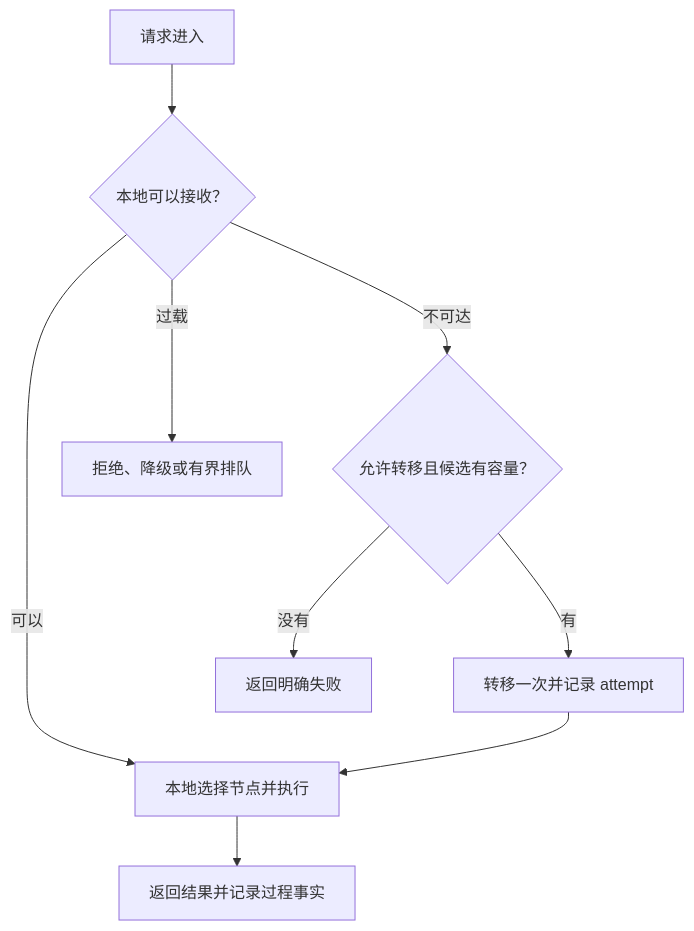
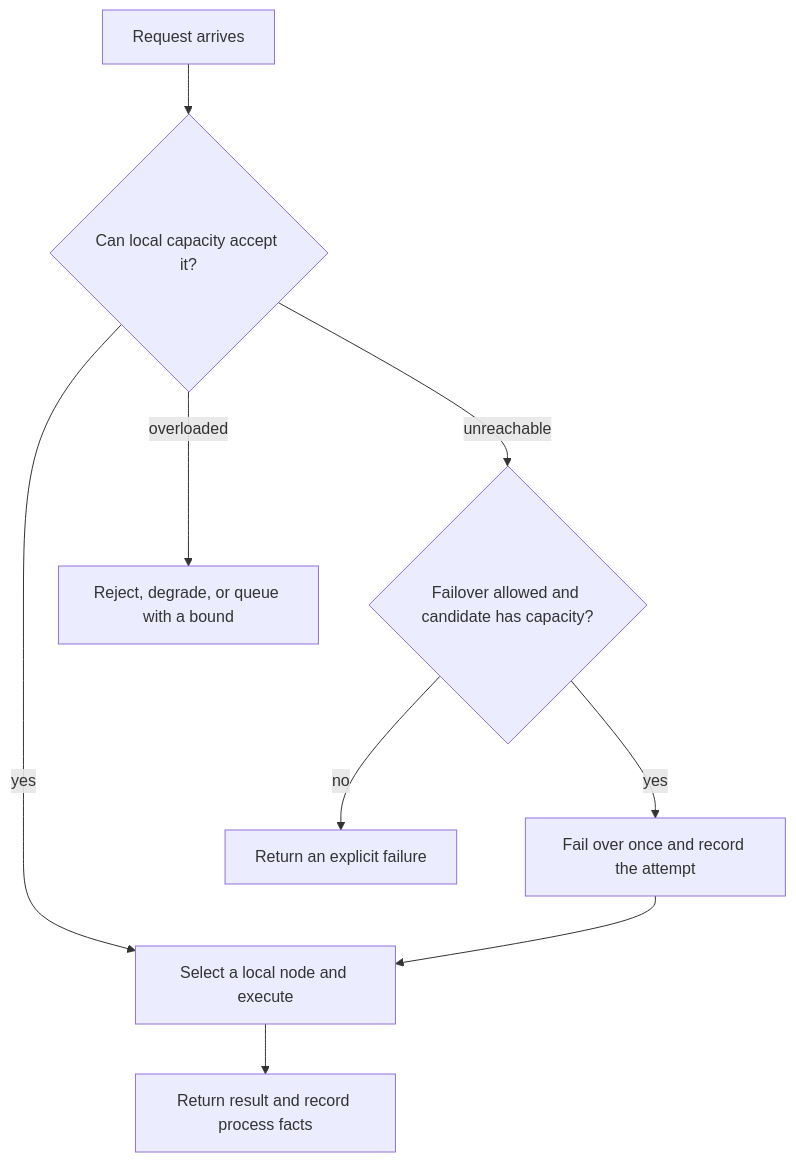
Before and after one commit to Liyuk/liyuk.github.io: the fourth of 6 diagrams in src/content/writing/2026/08/distributed-architecture-is-state-ownership/en.md, drawn with Mermaid. The commit also changed other lines of this file and 11 other files, not shown here.

````diff
--- a/src/content/writing/2026/08/distributed-architecture-is-state-ownership/en.md
+++ b/src/content/writing/2026/08/distributed-architecture-is-state-ownership/en.md
@@ -516,11 +529,11 @@
 ```mermaid
 flowchart TD
-    Q[请求进入] --> A{本地可以接收？}
-    A -->|可以| E[本地选择节点并执行]
-    A -->|过载| D[拒绝、降级或有界排队]
-    A -->|不可达| B{允许转移且候选有容量？}
-    B -->|没有| F[返回明确失败]
-    B -->|有| X[转移一次并记录 attempt]
+    Q[Request arrives] --> A{Can local capacity accept it?}
+    A -->|yes| E[Select a local node and execute]
+    A -->|overloaded| D[Reject, degrade, or queue with a bound]
+    A -->|unreachable| B{Failover allowed and candidate has capacity?}
+    B -->|no| F[Return an explicit failure]
+    B -->|yes| X[Fail over once and record the attempt]
     X --> E
-    E --> O[返回结果并记录过程事实]
+    E --> O[Return result and record process facts]
 ```
````
